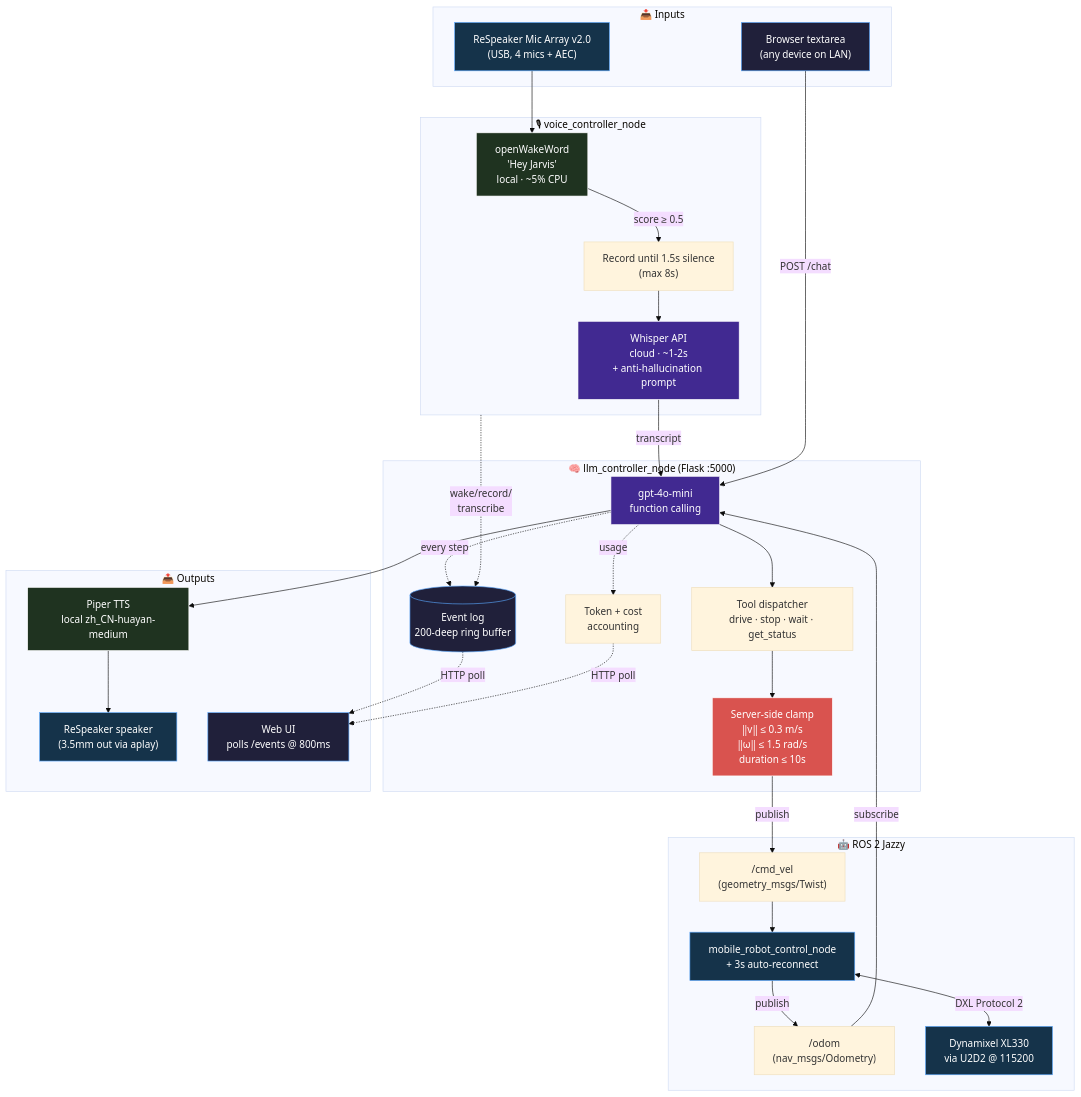
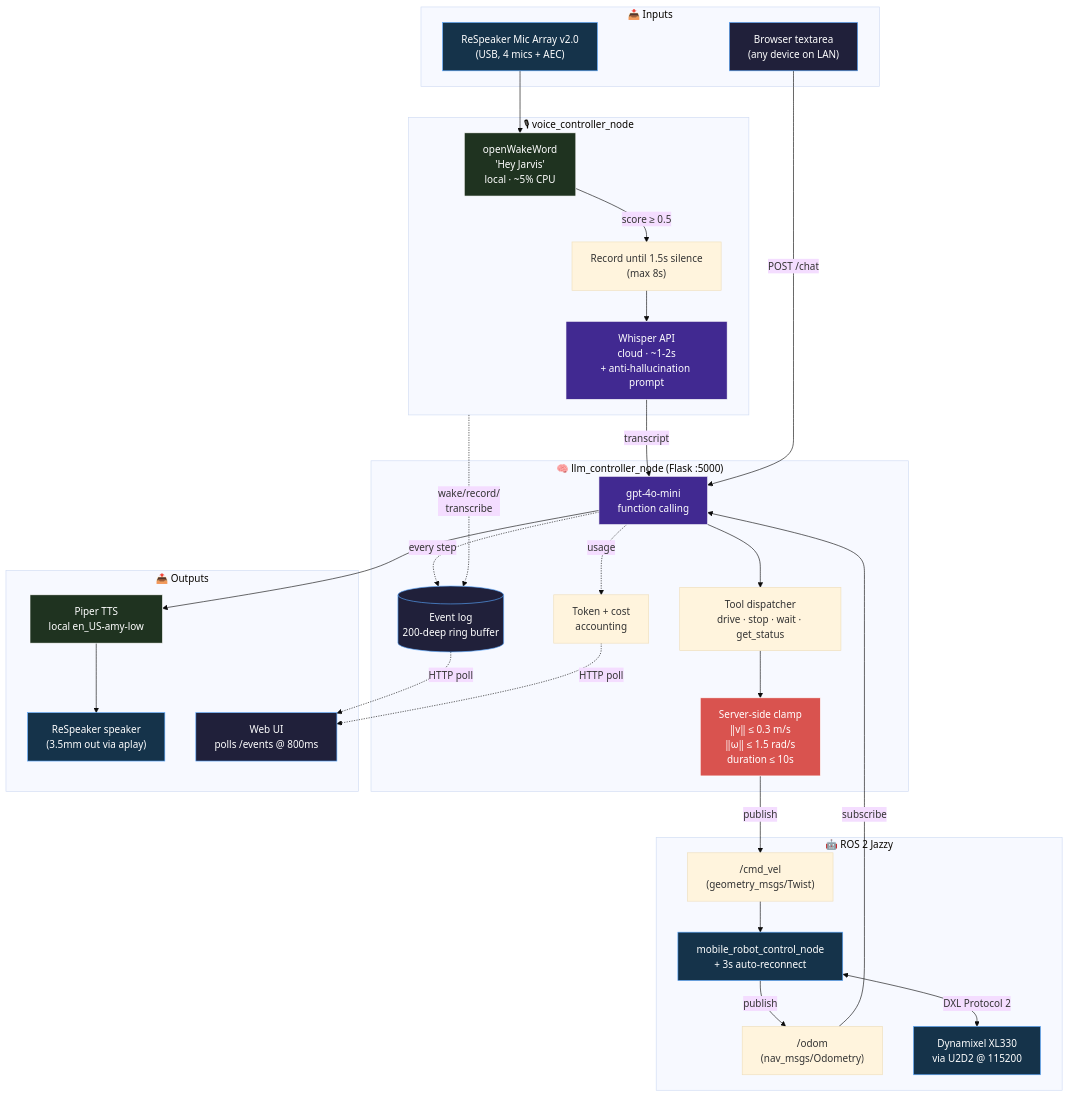
The first of 2 diagrams in src/desktorobo/llm_robot_control/README.md (IRL-CT/desktoprobo), drawn with Mermaid (base theme) before and after one commit. The commit also changed other lines of this file, not shown here.

````diff
--- a/src/desktorobo/llm_robot_control/README.md
+++ b/src/desktorobo/llm_robot_control/README.md
@@ -37,69 +37,69 @@
 ```mermaid
 flowchart TB
     subgraph IN["📥 Inputs"]
         MIC["ReSpeaker Mic Array v2.0<br/>(USB, 4 mics + AEC)"]
         BROWSER["Browser textarea<br/>(any device on LAN)"]
     end
 
     subgraph VOICE["🎙 voice_controller_node"]
         WW["openWakeWord<br/>'Hey Jarvis'<br/>local · ~5% CPU"]
         REC["Record until 1.5s silence<br/>(max 8s)"]
         WHISPER["Whisper API<br/>cloud · ~1-2s<br/>+ anti-hallucination prompt"]
     end
 
     subgraph CORE["🧠 llm_controller_node (Flask :5000)"]
         GPT["gpt-4o-mini<br/>function calling"]
         TOOLS["Tool dispatcher<br/>drive · stop · wait · get_status"]
         SAFETY["Server-side clamp<br/>‖v‖ ≤ 0.3 m/s<br/>‖ω‖ ≤ 1.5 rad/s<br/>duration ≤ 10s"]
         EVENTS[("Event log<br/>200-deep ring buffer")]
         STATS["Token + cost<br/>accounting"]
     end
 
     subgraph ROS["🤖 ROS 2 Jazzy"]
         CMDVEL["/cmd_vel<br/>(geometry_msgs/Twist)"]
         ODOM["/odom<br/>(nav_msgs/Odometry)"]
         MOTOR["mobile_robot_control_node<br/>+ 3s auto-reconnect"]
         DXL["Dynamixel XL330<br/>via U2D2 @ 115200"]
     end
 
     subgraph OUT["📤 Outputs"]
-        PIPER["Piper TTS<br/>local zh_CN-huayan-medium"]
+        PIPER["Piper TTS<br/>local en_US-amy-low"]
         SPEAKER["ReSpeaker speaker<br/>(3.5mm out via aplay)"]
         UI["Web UI<br/>polls /events @ 800ms"]
     end
 
     MIC --> WW
     WW -->|"score ≥ 0.5"| REC
     REC --> WHISPER
     WHISPER -->|transcript| GPT
     BROWSER -->|"POST /chat"| GPT
 
     GPT --> TOOLS
     TOOLS --> SAFETY
     SAFETY -->|publish| CMDVEL
     CMDVEL --> MOTOR
     MOTOR <-->|"DXL Protocol 2"| DXL
     MOTOR -->|publish| ODOM
     ODOM -->|subscribe| GPT
 
     GPT --> PIPER
     PIPER --> SPEAKER
 
     GPT -.->|every step| EVENTS
     VOICE -.->|wake/record/<br/>transcribe| EVENTS
     GPT -.->|usage| STATS
     EVENTS -.->|HTTP poll| UI
     STATS -.->|HTTP poll| UI
 
     classDef cloud fill:#412991,stroke:#fff,color:#fff
     classDef local fill:#1f3320,stroke:#fff,color:#fff
     classDef robot fill:#15334a,stroke:#5aa8ff,color:#fff
     classDef safety fill:#d9534f,stroke:#fff,color:#fff
     classDef ui fill:#20203a,stroke:#5aa8ff,color:#fff
 
     class WHISPER,GPT cloud
     class WW,PIPER local
     class MIC,DXL,MOTOR,SPEAKER robot
     class SAFETY safety
     class UI,BROWSER,EVENTS ui
 ```
````
